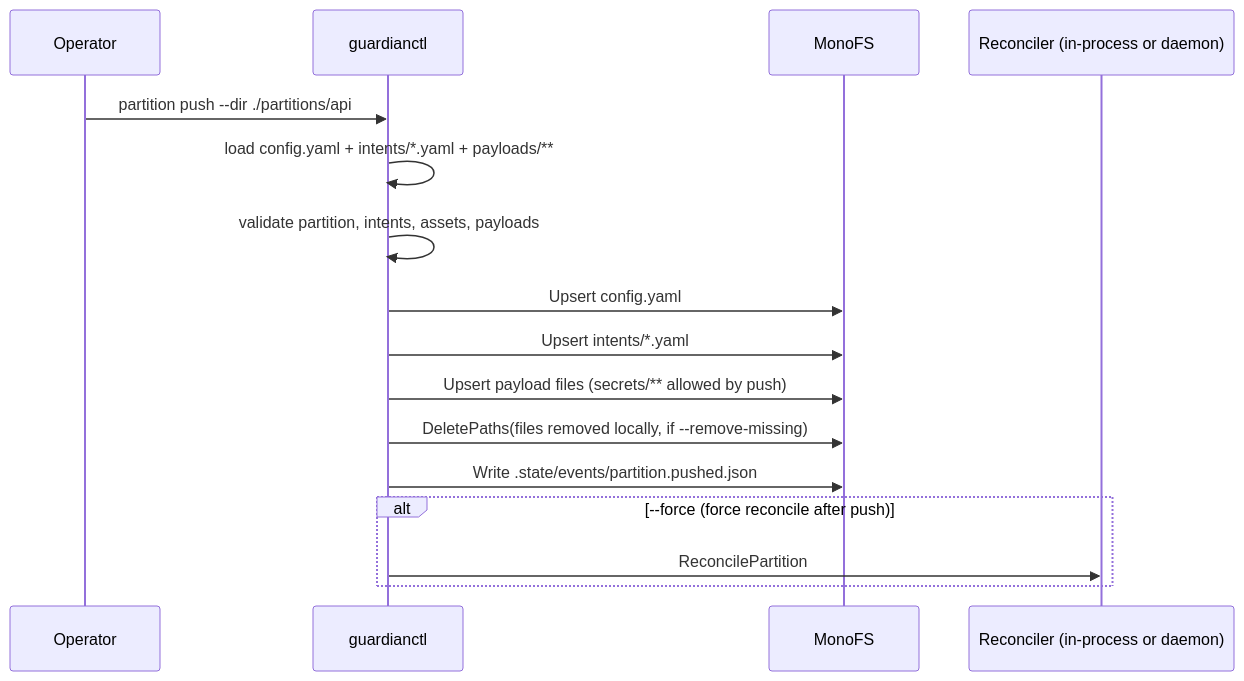
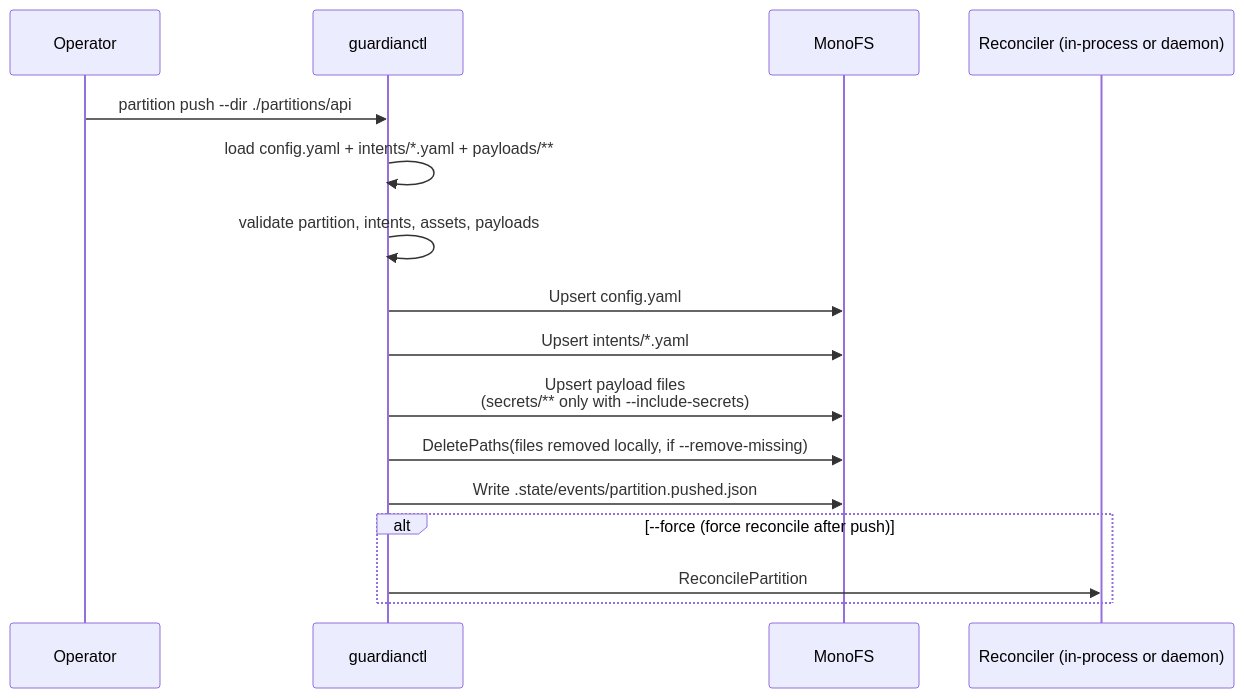
Before and after one commit to radryc/guardian: the first of 16 diagrams in docs/logical-flow.md, drawn with Mermaid. The commit also changed other lines of this file and 11 other files, not shown here.

First line of the commit message:
docs: fold forge and GCP pusher design into architecture docs

````diff
--- a/docs/logical-flow.md
+++ b/docs/logical-flow.md
@@ -29,19 +29,19 @@
 ```mermaid
 sequenceDiagram
     participant U as Operator
     participant CLI as guardianctl
     participant S as MonoFS
     participant REC as Reconciler (in-process or daemon)
 
     U->>CLI: partition push --dir ./partitions/api
     CLI->>CLI: load config.yaml + intents/*.yaml + payloads/**
     CLI->>CLI: validate partition, intents, assets, payloads
     CLI->>S: Upsert config.yaml
     CLI->>S: Upsert intents/*.yaml
-    CLI->>S: Upsert payload files (secrets/** allowed by push)
+    CLI->>S: Upsert payload files<br/>(secrets/** only with --include-secrets)
     CLI->>S: DeletePaths(files removed locally, if --remove-missing)
     CLI->>S: Write .state/events/partition.pushed.json
     alt --force (force reconcile after push)
         CLI->>REC: ReconcilePartition
     end
 ```
````
